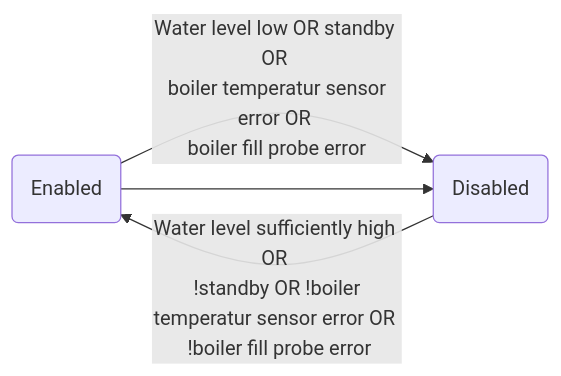
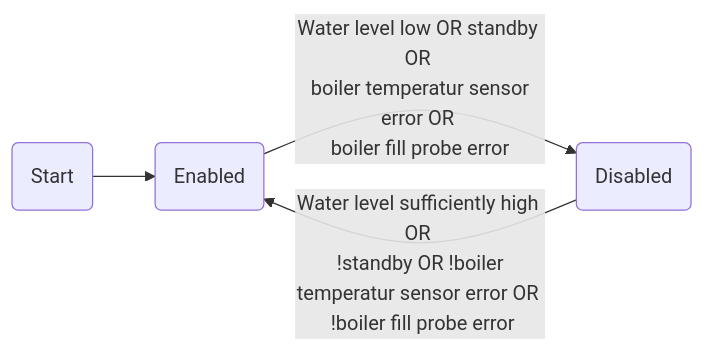
The second of 2 diagrams in README.md (ggramlich26/BZ10_upgrade), drawn with Mermaid before and after one commit. The commit also changed other lines of this file, not shown here.

Commit message:
README.md updated from https://stackedit.io/

````diff
--- a/README.md
+++ b/README.md
@@ -27,8 +27,9 @@
 ```mermaid
 graph LR
 enabled(Enabled)
 disabled(Disabled)
+start(Start)
 enabled -- Water level low OR standby OR <br> boiler temperatur sensor error OR <br>boiler fill probe error--> disabled
 disabled -- Water level sufficiently high OR <br> !standby OR !boiler temperatur sensor error OR <br> !boiler fill probe error-->enabled
---> disabled
+start --> enabled
 ```
````
